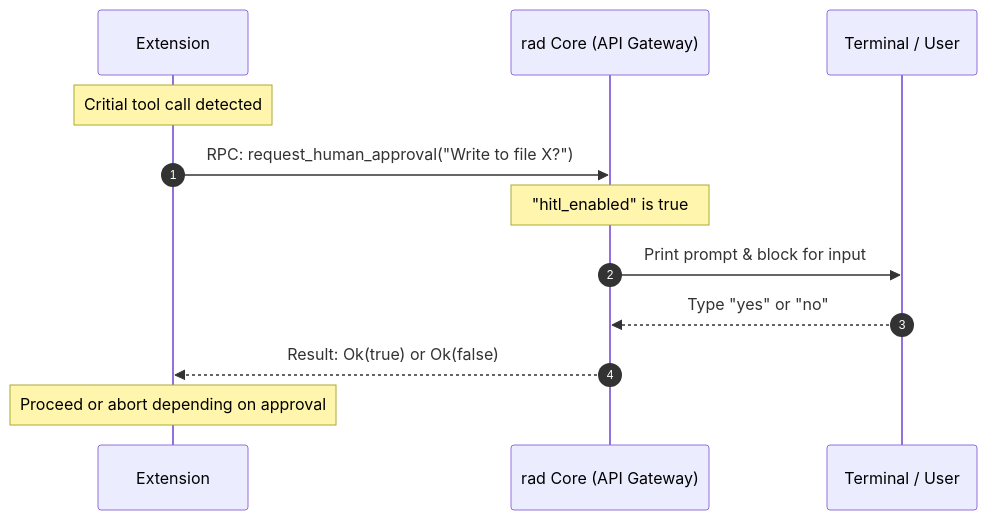
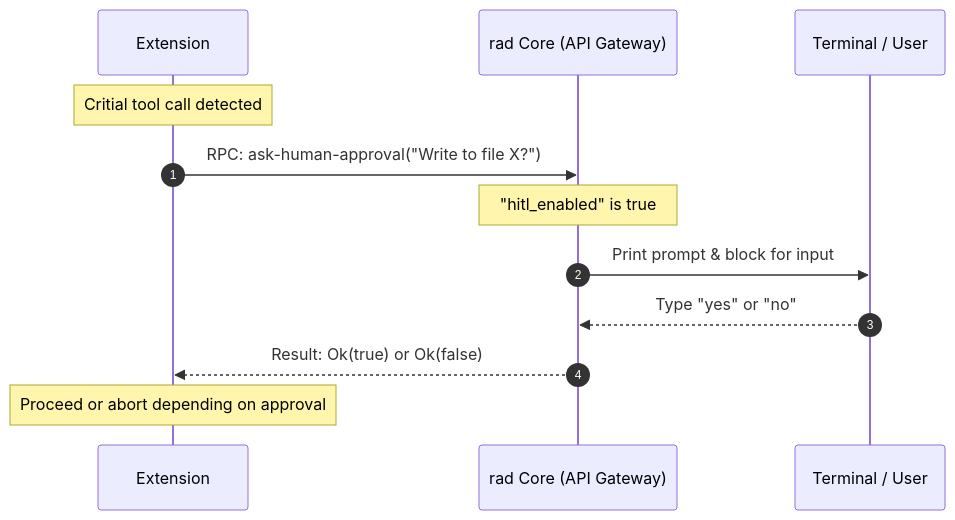
Before and after one commit to akahmys/rad: the sixth of 6 diagrams in ARCHITECTURE.md, drawn with Mermaid. The commit also changed other lines of this file and 2 other files, not shown here.

First line of the commit message:
docs: reconcile ARCHITECTURE.md/README.md with the implementation, and correct overstated enforcement claims

````diff
--- a/ARCHITECTURE.md
+++ b/ARCHITECTURE.md
@@ -464,15 +512,15 @@
 ```mermaid
 sequenceDiagram
     autonumber
     participant Ext as Extension
     participant Core as rad Core (API Gateway)
     participant User as Terminal / User
 
     Note over Ext: Critial tool call detected
-    Ext->>Core: RPC: request_human_approval("Write to file X?")
+    Ext->>Core: RPC: ask-human-approval("Write to file X?")
     Note over Core: "hitl_enabled" is true
     Core->>User: Print prompt & block for input
     User-->>Core: Type "yes" or "no"
     Core-->>Ext: Result: Ok(true) or Ok(false)
     Note over Ext: Proceed or abort depending on approval
 ```
````
